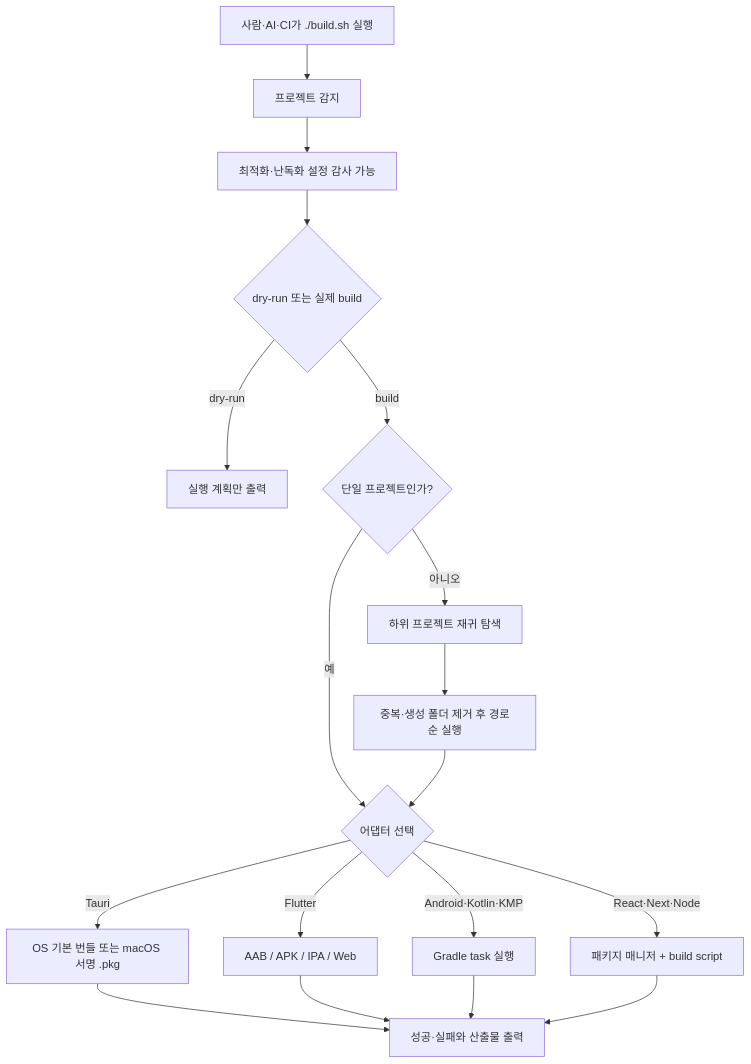
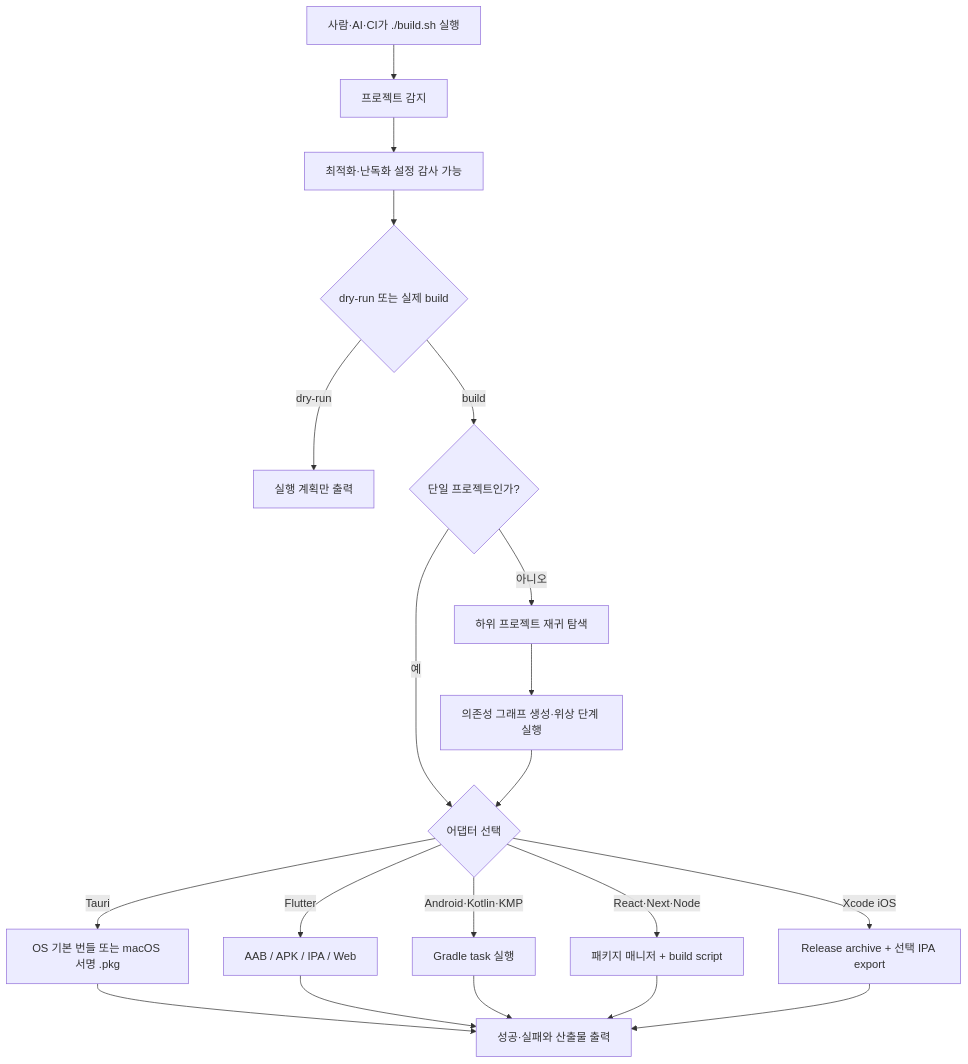
The first of 10 diagrams in README.md (kimdzhekhon/Universal-Build-Script), drawn with Mermaid before and after one commit. The commit also changed other lines of this file and 20 other files, not shown here.

Commit message:
feat: complete build orchestration roadmap

````diff
--- a/README.md
+++ b/README.md
@@ -144,20 +159,22 @@
 ```mermaid
 flowchart TD
     A["사람·AI·CI가 ./build.sh 실행"] --> B["프로젝트 감지"]
     B --> C["최적화·난독화 설정 감사 가능"]
     C --> D{"dry-run 또는 실제 build"}
     D -->|"dry-run"| E["실행 계획만 출력"]
     D -->|"build"| F{"단일 프로젝트인가?"}
     F -->|"예"| G{"어댑터 선택"}
     F -->|"아니오"| H["하위 프로젝트 재귀 탐색"]
-    H --> I["중복·생성 폴더 제거 후 경로순 실행"]
+    H --> I["의존성 그래프 생성·위상 단계 실행"]
     I --> G
     G -->|"Tauri"| J["OS 기본 번들 또는 macOS 서명 .pkg"]
     G -->|"Flutter"| K["AAB / APK / IPA / Web"]
     G -->|"Android·Kotlin·KMP"| L["Gradle task 실행"]
     G -->|"React·Next·Node"| M["패키지 매니저 + build script"]
+    G -->|"Xcode iOS"| O["Release archive + 선택 IPA export"]
     J --> N["성공·실패와 산출물 출력"]
     K --> N
     L --> N
     M --> N
+    O --> N
 ```
````
